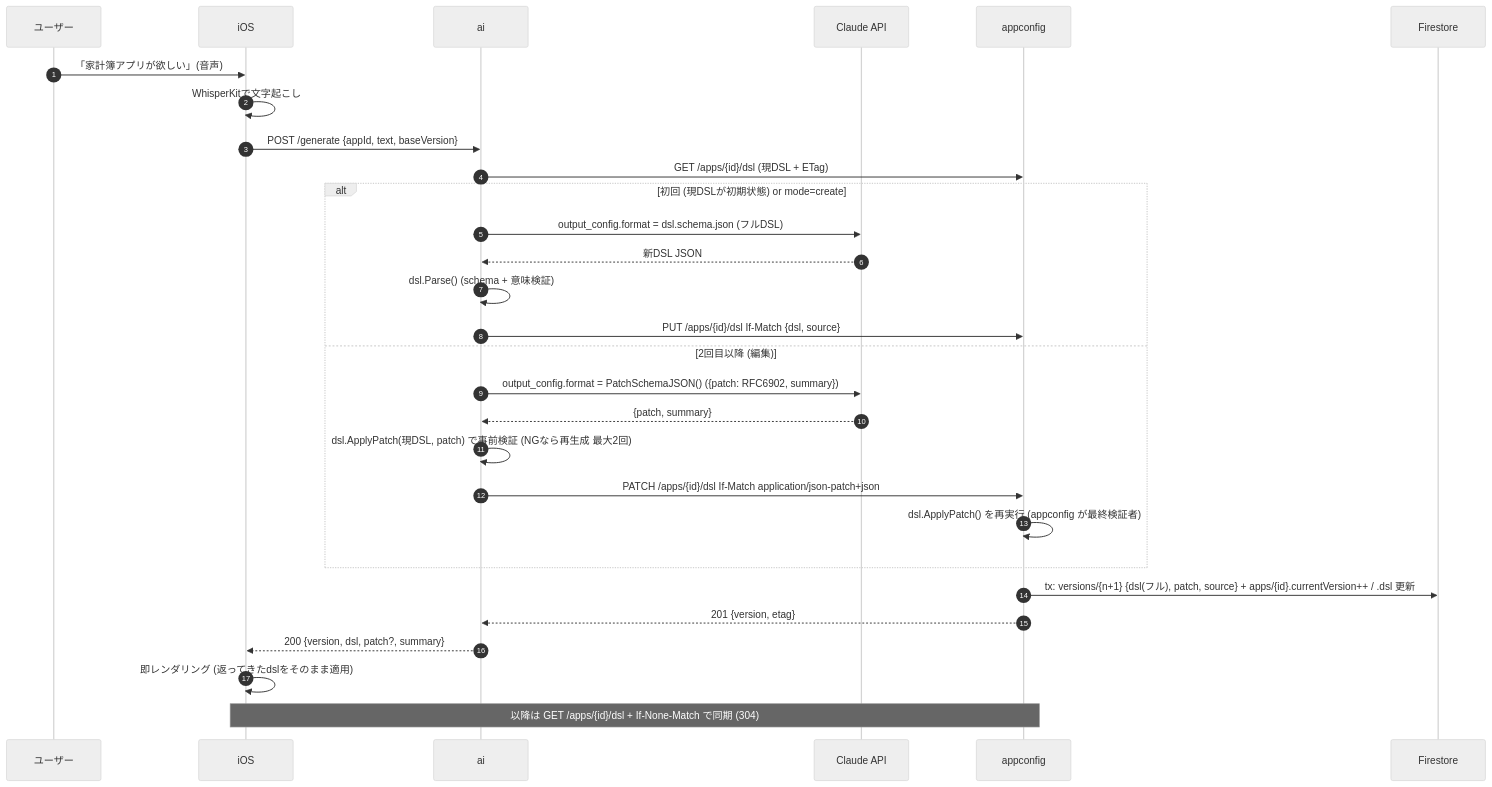
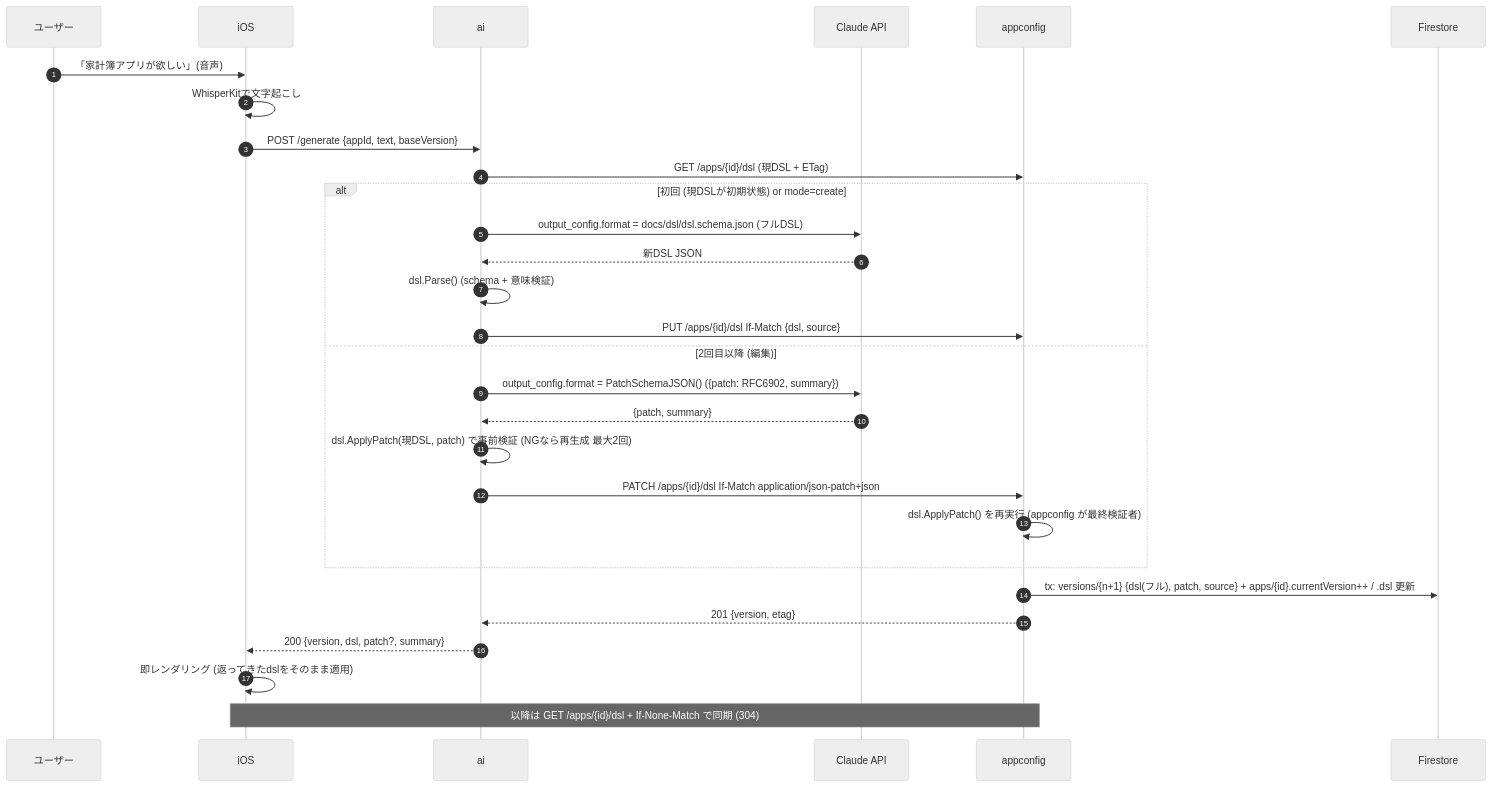
One commit to jphacks/kz_2601 changed the second of 3 diagrams in docs/backend/architecture.md. Above: the diagram before and after it, drawn with Mermaid (neutral theme). The commit also changed other lines of this file and 16 other files, not shown here.

````diff
--- a/docs/backend/architecture.md
+++ b/docs/backend/architecture.md
@@ -25,31 +25,31 @@
 ```mermaid
 sequenceDiagram
   autonumber
   participant U as ユーザー
   participant iOS
   participant AI as ai
   participant CL as Claude API
   participant AC as appconfig
   participant FS as Firestore
   U->>iOS: 「家計簿アプリが欲しい」(音声)
   iOS->>iOS: WhisperKitで文字起こし
   iOS->>AI: POST /generate {appId, text, baseVersion}
   AI->>AC: GET /apps/{id}/dsl (現DSL + ETag)
   alt 初回 (現DSLが初期状態) or mode=create
-    AI->>CL: output_config.format = dsl.schema.json (フルDSL)
+    AI->>CL: output_config.format = docs/dsl/dsl.schema.json (フルDSL)
     CL-->>AI: 新DSL JSON
     AI->>AI: dsl.Parse() (schema + 意味検証)
     AI->>AC: PUT /apps/{id}/dsl  If-Match  {dsl, source}
   else 2回目以降 (編集)
     AI->>CL: output_config.format = PatchSchemaJSON() ({patch: RFC6902, summary})
     CL-->>AI: {patch, summary}
     AI->>AI: dsl.ApplyPatch(現DSL, patch) で事前検証 (NGなら再生成 最大2回)
     AI->>AC: PATCH /apps/{id}/dsl  If-Match  application/json-patch+json
     AC->>AC: dsl.ApplyPatch() を再実行 (appconfig が最終検証者)
   end
   AC->>FS: tx: versions/{n+1} {dsl(フル), patch, source} + apps/{id}.currentVersion++ / .dsl 更新
   AC-->>AI: 201 {version, etag}
   AI-->>iOS: 200 {version, dsl, patch?, summary}
   iOS->>iOS: 即レンダリング (返ってきたdslをそのまま適用)
   Note over iOS,AC: 以降は GET /apps/{id}/dsl + If-None-Match で同期 (304)
 ```
````
